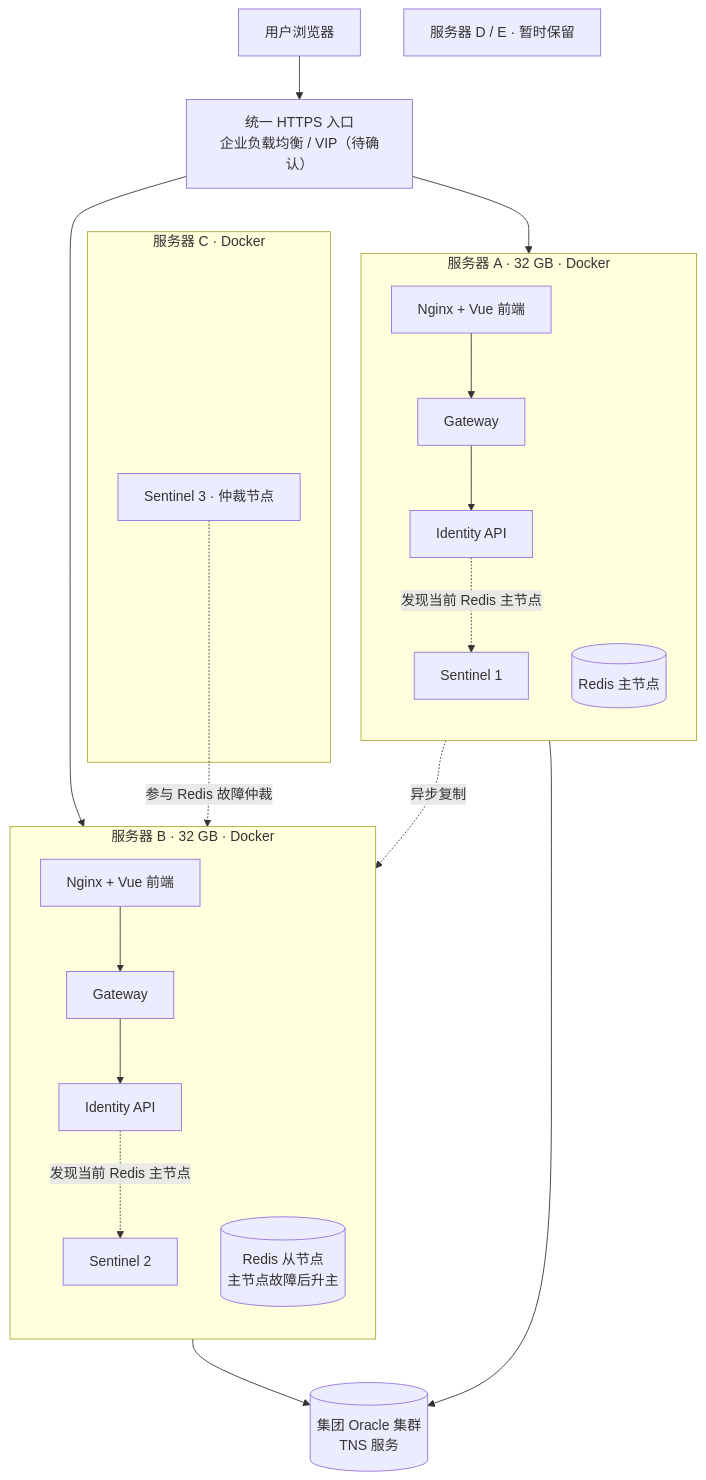
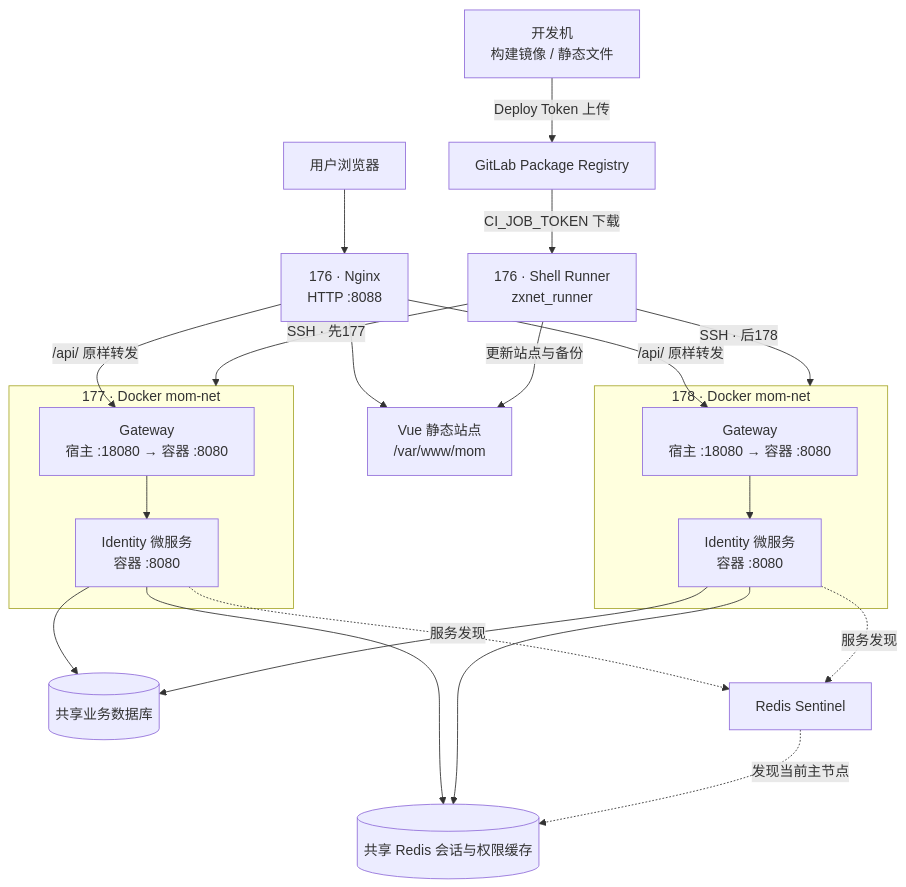
The diagram in docs/deployment-topology.md (blairzheng/ZX.Platform), drawn with Mermaid before and after one commit. The commit also changed other lines of this file and 19 other files, not shown here.

````diff
--- a/docs/deployment-topology.md
+++ b/docs/deployment-topology.md
@@ -9,33 +7,26 @@
 ```mermaid
 flowchart TB
-    U["用户浏览器"] --> LB["统一 HTTPS 入口<br/>企业负载均衡 / VIP（待确认）"]
+    U[用户浏览器] --> N["176 · Nginx<br/>HTTP :8088"]
+    N --> WEB["Vue 静态站点<br/>/var/www/mom"]
+    N -->|"/api/ 原样转发"| G1
+    N -->|"/api/ 原样转发"| G2
+    subgraph S1["177 · Docker mom-net"]
+        G1["Gateway<br/>宿主 :18080 → 容器 :8080"] --> I1["Identity 微服务<br/>容器 :8080"]
+    end
+    subgraph S2["178 · Docker mom-net"]
+        G2["Gateway<br/>宿主 :18080 → 容器 :8080"] --> I2["Identity 微服务<br/>容器 :8080"]
+    end
+    I1 --> DB[(共享业务数据库)]
+    I2 --> DB
+    I1 --> R[(共享 Redis 会话与权限缓存)]
+    I2 --> R
+    ST[Redis Sentinel] -. 发现当前主节点 .-> R
+    I1 -. 服务发现 .-> ST
+    I2 -. 服务发现 .-> ST
 
-    subgraph A["服务器 A · 32 GB · Docker"]
-        direction TB
-        AWEB["Nginx + Vue 前端"] --> AGW["Gateway"] --> AID["Identity API"]
-        AR[("Redis 主节点")]
-        AS["Sentinel 1"]
-    end
-
-    subgraph B["服务器 B · 32 GB · Docker"]
-        direction TB
-        BWEB["Nginx + Vue 前端"] --> BGW["Gateway"] --> BID["Identity API"]
-        BR[("Redis 从节点<br/>主节点故障后升主")]
-        BS["Sentinel 2"]
-    end
-
-    subgraph C["服务器 C · Docker"]
-        CS["Sentinel 3 · 仲裁节点"]
-    end
-
-    LB --> AWEB
-    LB --> BWEB
-    AR -. "异步复制" .-> BR
-    AID --> ORA[("集团 Oracle 集群<br/>TNS 服务")]
-    BID --> ORA
-    AID -. "发现当前 Redis 主节点" .-> AS
-    BID -. "发现当前 Redis 主节点" .-> BS
-    CS -. "参与 Redis 故障仲裁" .-> BR
-
-    DE["服务器 D / E · 暂时保留"]
+    LOCAL["开发机<br/>构建镜像 / 静态文件"] -->|Deploy Token 上传| PKG[GitLab Package Registry]
+    PKG -->|CI_JOB_TOKEN 下载| RUN["176 · Shell Runner<br/>zxnet_runner"]
+    RUN -->|更新站点与备份| WEB
+    RUN -->|"SSH · 先177"| S1
+    RUN -->|"SSH · 后178"| S2
 ```
````
